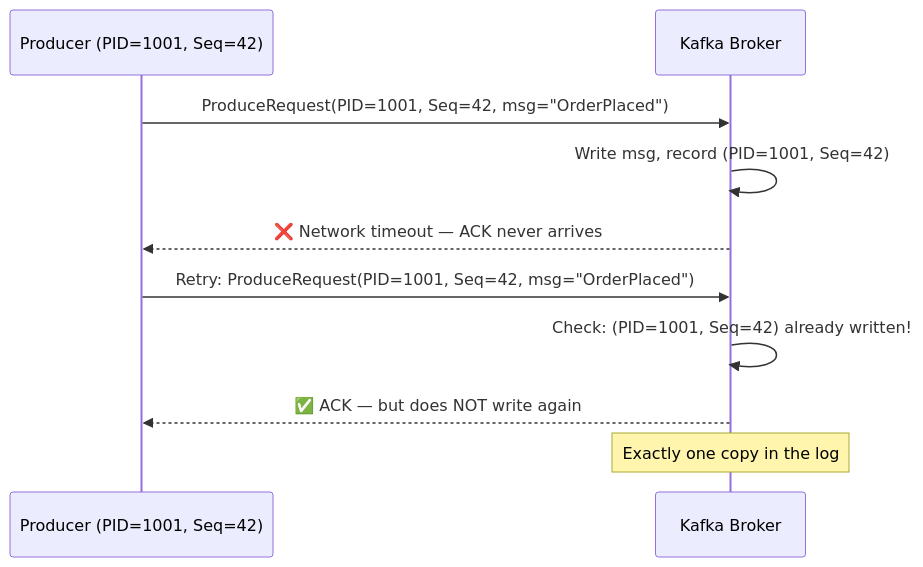
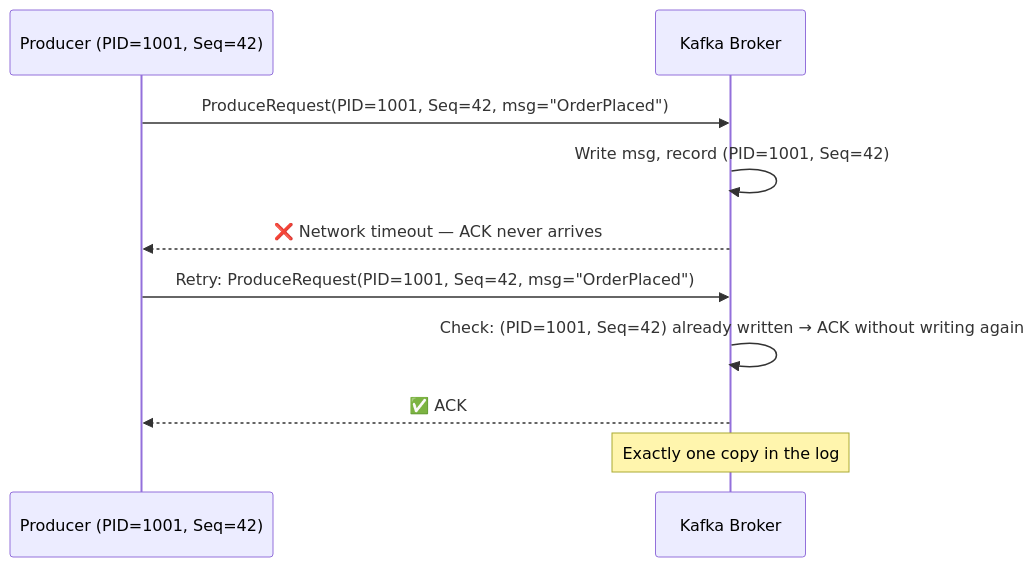
One commit to minhkhuong2404/docusaurus-knowledge-base-template changed the second of 3 diagrams in docs/technical-knowledge/kafka/advanced/exactly-once-vs-dedup.md. Above: the diagram before and after it, drawn with Mermaid. The commit also changed other lines of this file and 43 other files, not shown here.

````diff
--- a/docs/technical-knowledge/kafka/advanced/exactly-once-vs-dedup.md
+++ b/docs/technical-knowledge/kafka/advanced/exactly-once-vs-dedup.md
@@ -90,15 +90,15 @@
 ```mermaid
 sequenceDiagram
     participant P as Producer (PID=1001, Seq=42)
     participant B as Kafka Broker
 
     P->>B: ProduceRequest(PID=1001, Seq=42, msg="OrderPlaced")
     B->>B: Write msg, record (PID=1001, Seq=42)
     B-->>P: ❌ Network timeout — ACK never arrives
 
     P->>B: Retry: ProduceRequest(PID=1001, Seq=42, msg="OrderPlaced")
-    B->>B: Check: (PID=1001, Seq=42) already written!
-    B-->>P: ✅ ACK — but does NOT write again
+    B->>B: Check: (PID=1001, Seq=42) already written → ACK without writing again
+    B-->>P: ✅ ACK
 
     Note over B: Exactly one copy in the log
 ```
````
